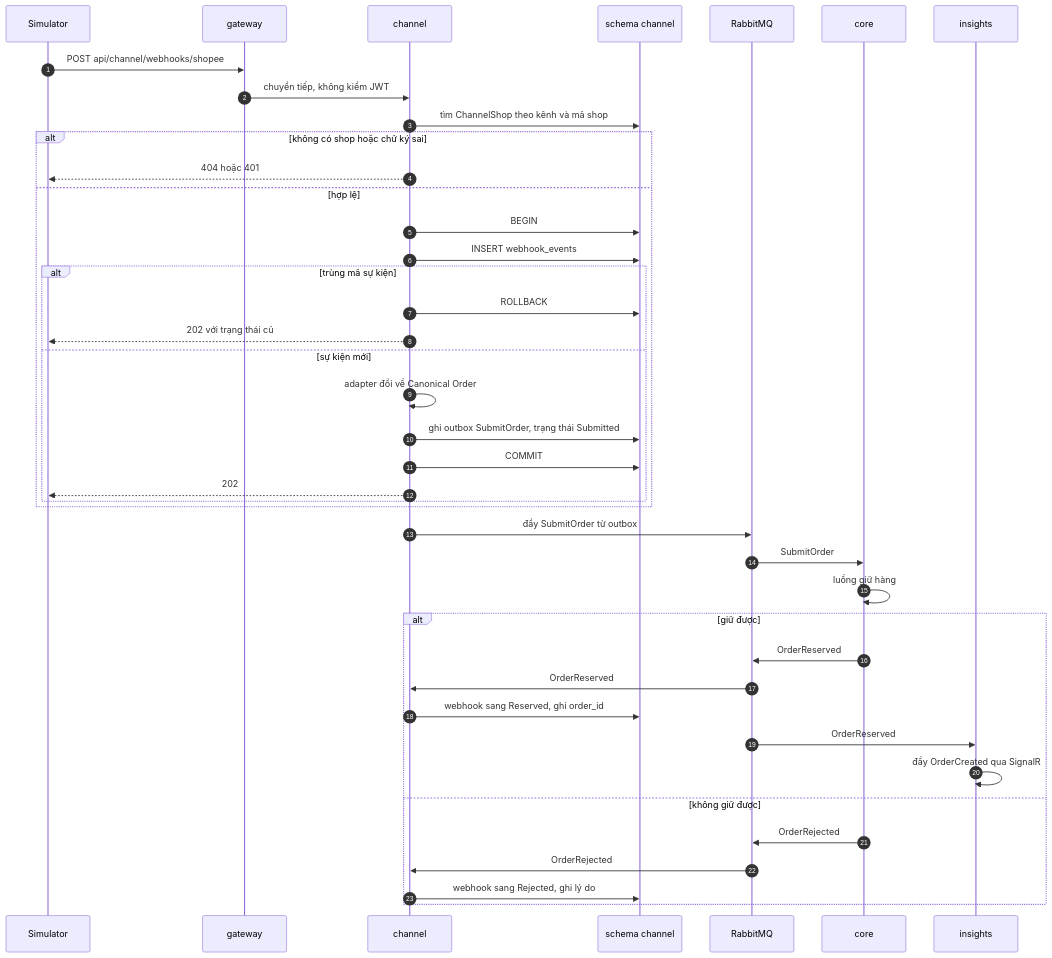
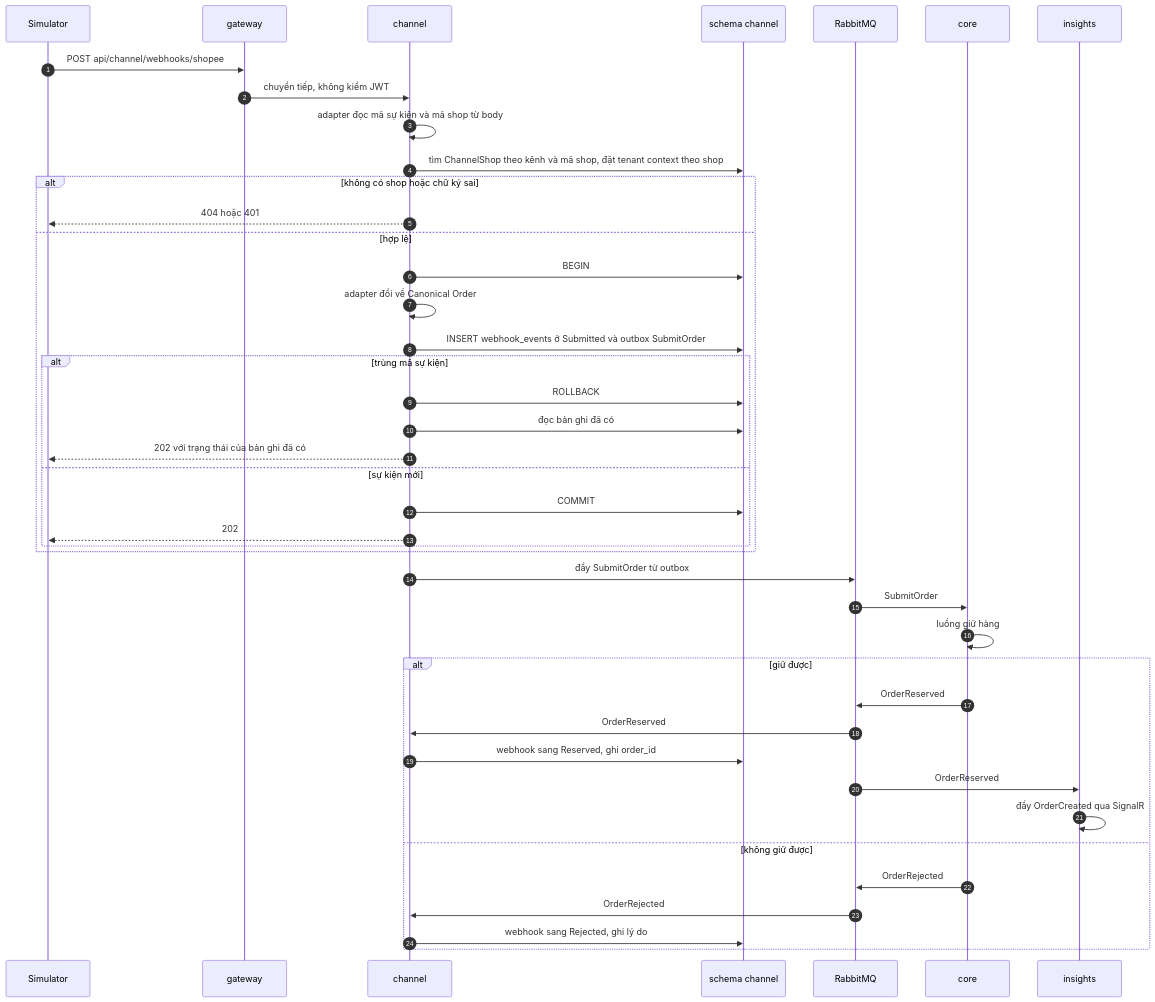
Before and after one commit to kapfm789/XDPMOOP: the diagram in docs/design/flows/webhook-ingestion.md, drawn with Mermaid. The commit also changed other lines of this file and 39 other files, not shown here.

Commit message:
W3-08, W3-09: admin màn hình đơn hàng đa kênh, tạo đơn thủ công, duyệt, hoàn tất, hủy, in phiếu giao và màn hình kênh sàn; rà sơ đồ luồng POS checkout, xác nhận, hủy và hết hạn, chuyển kho; cập nhật tài liệu thiết kế và trạng thái phase 6

````diff
--- a/docs/design/flows/webhook-ingestion.md
+++ b/docs/design/flows/webhook-ingestion.md
@@ -5,45 +5,46 @@
 ```mermaid
 sequenceDiagram
   autonumber
   participant Sim as Simulator
   participant Gw as gateway
   participant Ch as channel
   participant CDB as schema channel
   participant MQ as RabbitMQ
   participant Core as core
   participant Ins as insights
 
   Sim->>Gw: POST api/channel/webhooks/shopee
   Gw->>Ch: chuyển tiếp, không kiểm JWT
-  Ch->>CDB: tìm ChannelShop theo kênh và mã shop
+  Ch->>Ch: adapter đọc mã sự kiện và mã shop từ body
+  Ch->>CDB: tìm ChannelShop theo kênh và mã shop, đặt tenant context theo shop
   alt không có shop hoặc chữ ký sai
     Ch-->>Sim: 404 hoặc 401
   else hợp lệ
     Ch->>CDB: BEGIN
-    Ch->>CDB: INSERT webhook_events
+    Ch->>Ch: adapter đổi về Canonical Order
+    Ch->>CDB: INSERT webhook_events ở Submitted và outbox SubmitOrder
     alt trùng mã sự kiện
       Ch->>CDB: ROLLBACK
-      Ch-->>Sim: 202 với trạng thái cũ
+      Ch->>CDB: đọc bản ghi đã có
+      Ch-->>Sim: 202 với trạng thái của bản ghi đã có
     else sự kiện mới
-      Ch->>Ch: adapter đổi về Canonical Order
-      Ch->>CDB: ghi outbox SubmitOrder, trạng thái Submitted
       Ch->>CDB: COMMIT
       Ch-->>Sim: 202
     end
   end
 
   Ch->>MQ: đẩy SubmitOrder từ outbox
   MQ->>Core: SubmitOrder
   Core->>Core: luồng giữ hàng
   alt giữ được
     Core->>MQ: OrderReserved
     MQ->>Ch: OrderReserved
     Ch->>CDB: webhook sang Reserved, ghi order_id
     MQ->>Ins: OrderReserved
     Ins->>Ins: đẩy OrderCreated qua SignalR
   else không giữ được
     Core->>MQ: OrderRejected
     MQ->>Ch: OrderRejected
     Ch->>CDB: webhook sang Rejected, ghi lý do
   end
 ```
````
